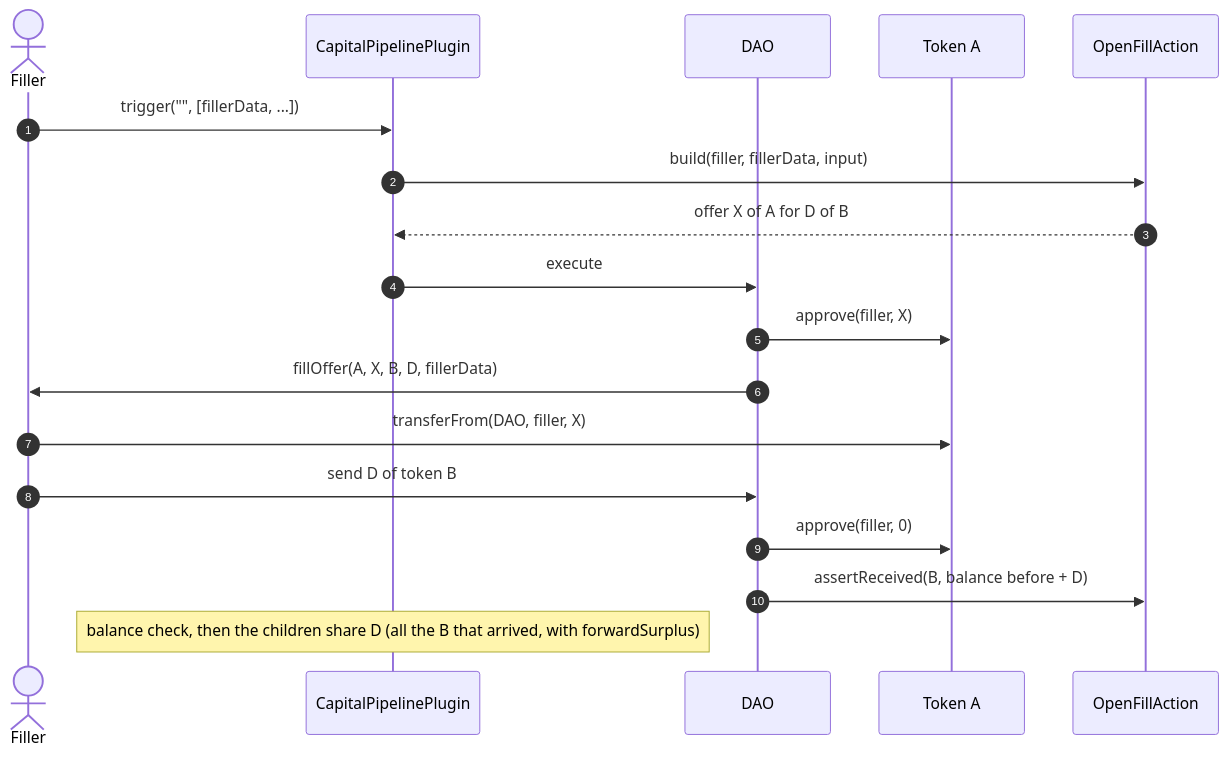
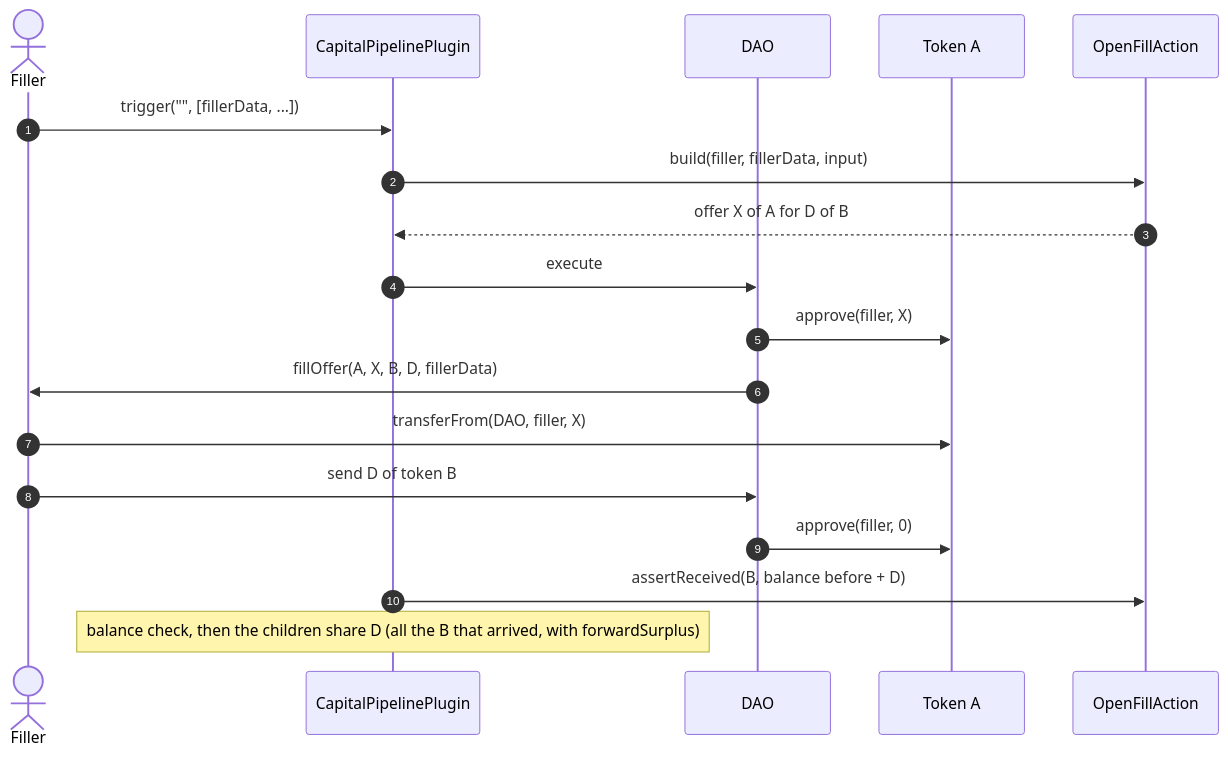
One commit to antfarm-official/tree-capital changed the fourth of 10 diagrams in README.md. Above: the diagram before and after it, drawn with Mermaid. The commit also changed other lines of this file and 13 other files, not shown here.

````diff
--- a/README.md
+++ b/README.md
@@ -219,21 +220,21 @@
 ```mermaid
 sequenceDiagram
     autonumber
     actor Filler
     participant Plugin as CapitalPipelinePlugin
     participant DAO
     participant TokenA as Token A
     participant Fill as OpenFillAction
 
     Filler->>Plugin: trigger("", [fillerData, ...])
     Plugin->>Fill: build(filler, fillerData, input)
     Fill-->>Plugin: offer X of A for D of B
     Plugin->>DAO: execute
     DAO->>TokenA: approve(filler, X)
     DAO->>Filler: fillOffer(A, X, B, D, fillerData)
     Filler->>TokenA: transferFrom(DAO, filler, X)
     Filler->>DAO: send D of token B
     DAO->>TokenA: approve(filler, 0)
-    DAO->>Fill: assertReceived(B, balance before + D)
+    Plugin->>Fill: assertReceived(B, balance before + D)
     Note over Plugin: balance check, then the children share D (all the B that arrived, with forwardSurplus)
 ```
````
